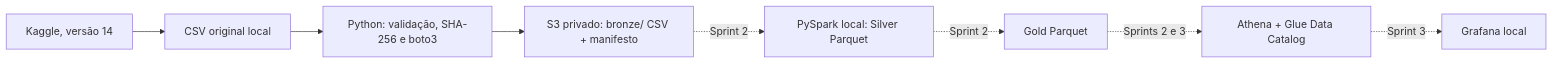
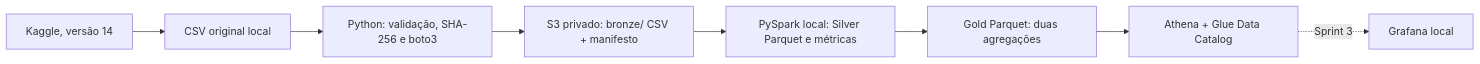
Before and after one commit to JPedroo/AWS-Medallion-Data-Lake-POC-for-IT-Support-Ticket-Analytics: the diagram in Documentation.md, drawn with Mermaid. The commit also changed other lines of this file and 16 other files, not shown here.

Commit message:
Sprint 2 - Silver and Gold layers implemented

````diff
--- a/Documentation.md
+++ b/Documentation.md
@@ -5,10 +5,10 @@
 ```mermaid
 flowchart LR
     K[Kaggle, versão 14] --> L[CSV original local]
     L --> I[Python: validação, SHA-256 e boto3]
     I --> B[S3 privado: bronze/ CSV + manifesto]
-    B -. Sprint 2 .-> S[PySpark local: Silver Parquet]
-    S -. Sprint 2 .-> G[Gold Parquet]
-    G -. Sprints 2 e 3 .-> A[Athena + Glue Data Catalog]
+    B --> S[PySpark local: Silver Parquet e métricas]
+    S --> G[Gold Parquet: duas agregações]
+    G --> A[Athena + Glue Data Catalog]
     A -. Sprint 3 .-> F[Grafana local]
 ```
````
